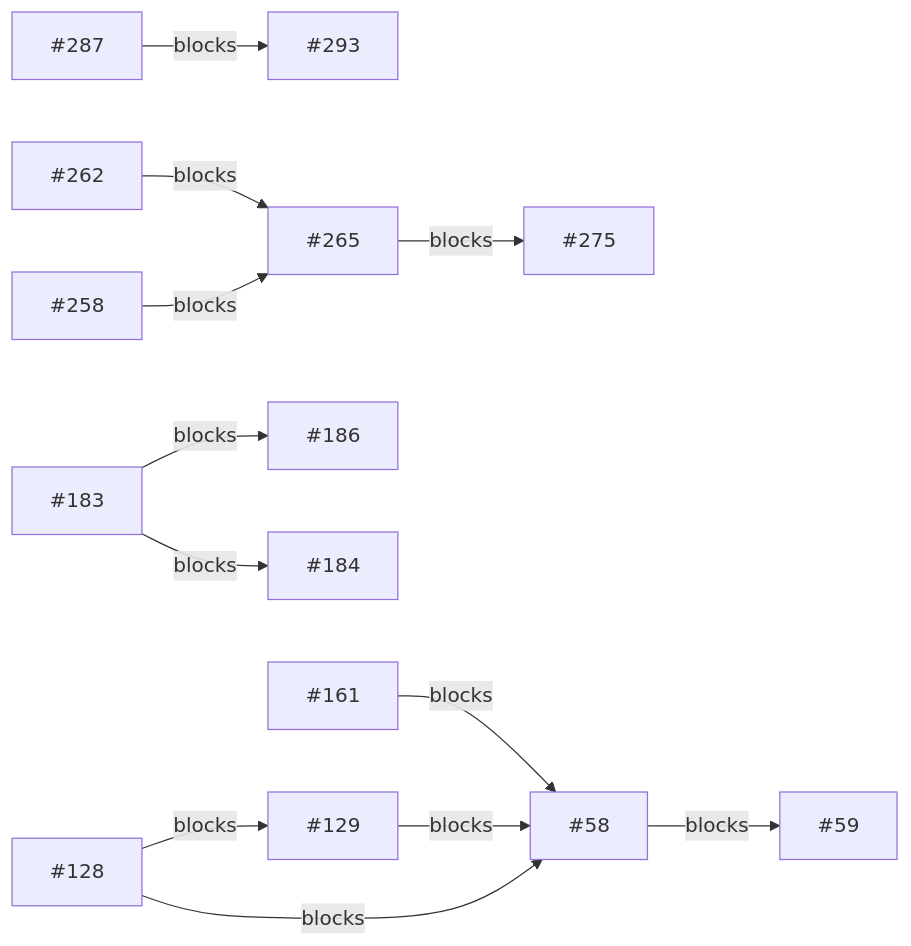
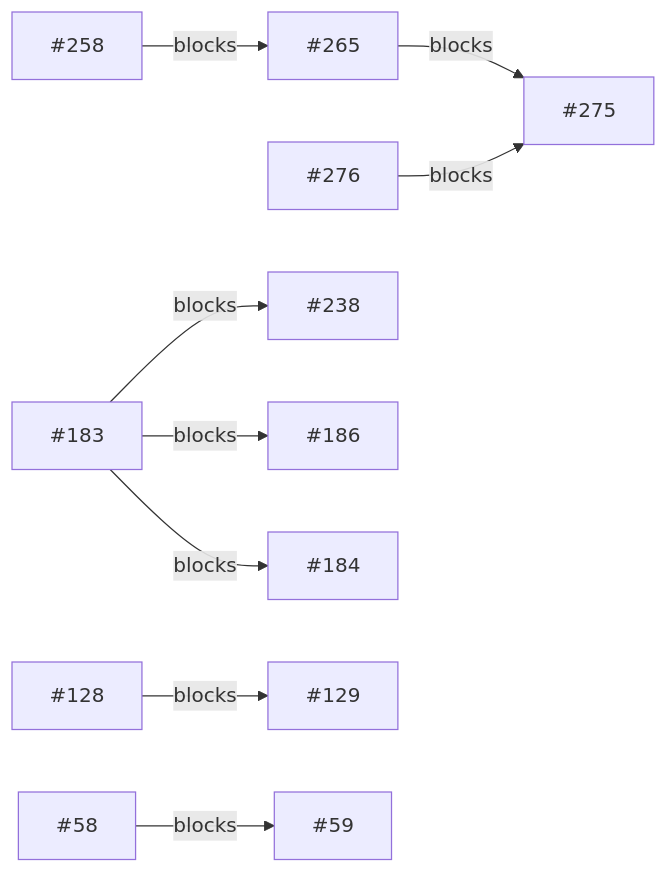
One commit to hyzr-dev/slusk changed the diagram in docs/triage/2026-07-30-backlog.md. Above: the diagram before and after it, drawn with Mermaid. The commit also changed other lines of this file and 1 other file, not shown here.

````diff
--- a/docs/triage/2026-07-30-backlog.md
+++ b/docs/triage/2026-07-30-backlog.md
@@ -47,14 +113,11 @@
 ```mermaid
 graph LR
-  I287["#287"] -->|blocks| I293["#293"]
   I265["#265"] -->|blocks| I275["#275"]
-  I262["#262"] -->|blocks| I265["#265"]
+  I276["#276"] -->|blocks| I275["#275"]
   I258["#258"] -->|blocks| I265["#265"]
+  I183["#183"] -->|blocks| I238["#238"]
   I183["#183"] -->|blocks| I186["#186"]
   I183["#183"] -->|blocks| I184["#184"]
   I128["#128"] -->|blocks| I129["#129"]
   I58["#58"] -->|blocks| I59["#59"]
-  I161["#161"] -->|blocks| I58["#58"]
-  I129["#129"] -->|blocks| I58["#58"]
-  I128["#128"] -->|blocks| I58["#58"]
 ```
````
